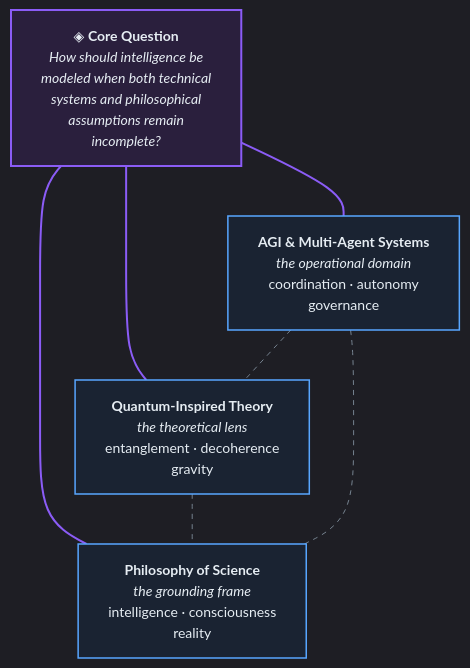
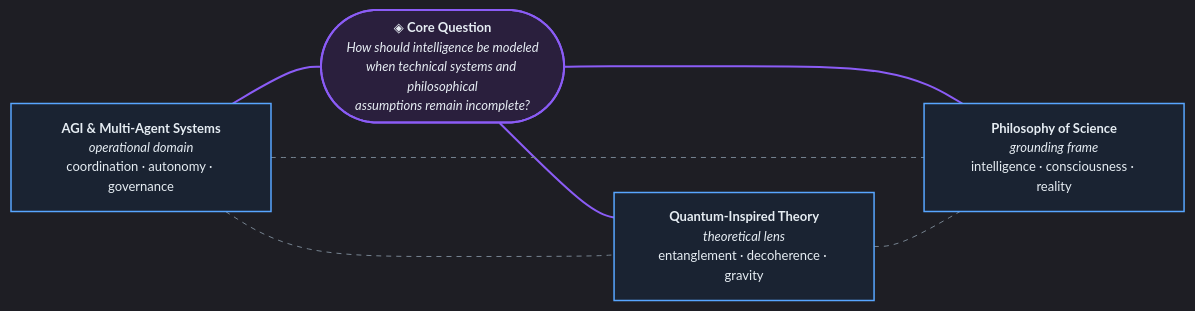
One commit to morozow/morozow changed the diagram in README.md. Above: the diagram before and after it, drawn with Mermaid.

Commit message:
Update flowchart direction and styling in README

````diff
--- a/README.md
+++ b/README.md
@@ -26,26 +26,24 @@
 ```mermaid
-%%{init: {'theme': 'dark', 'themeVariables': { 'primaryColor': '#2d333b', 'primaryTextColor': '#e6edf3', 'primaryBorderColor': '#768390', 'lineColor': '#768390', 'secondaryColor': '#1c2128', 'tertiaryColor': '#1c2128', 'fontSize': '14px' }}}%%
+%%{init: {'theme': 'dark', 'themeVariables': { 'primaryColor': '#2d333b', 'primaryTextColor': '#e6edf3', 'primaryBorderColor': '#768390', 'lineColor': '#768390', 'secondaryColor': '#1c2128', 'tertiaryColor': '#1c2128', 'fontSize': '13px' }}}%%
 
-flowchart TB
-    Q["◈ <b>Core Question</b><br/><i>How should intelligence be <br/> modeled when both technical <br/> systems and philosophical <br/> assumptions remain <br/> incomplete?</i>"]
+flowchart LR
+    A["<b>AGI &amp; Multi-Agent Systems</b><br/><i>operational domain</i><br/>coordination · autonomy · governance"]
+    Q(["◈ <b>Core Question</b><br/><i>How should intelligence be modeled<br/>when technical systems and philosophical<br/>assumptions remain incomplete?</i>"])
+    B["<b>Quantum-Inspired Theory</b><br/><i>theoretical lens</i><br/>entanglement · decoherence · gravity"]
+    C["<b>Philosophy of Science</b><br/><i>grounding frame</i><br/>intelligence · consciousness · reality"]
 
-    A["<b>AGI & Multi-Agent Systems</b><br/><i>the operational domain</i><br/>coordination · autonomy <br/> governance"]
-    B["<b>Quantum-Inspired Theory</b><br/><i>the theoretical lens</i><br/>entanglement · decoherence <br/> gravity"]
-    C["<b>Philosophy of Science</b><br/><i>the grounding frame</i><br/>intelligence · consciousness <br/> reality"]
-
-    Q --- A
+    A --- Q
     Q --- B
     Q --- C
-
     A -.- B
+    A -.- C
     B -.- C
-    C -.- A
 
     style Q fill:#2a1f3d,stroke:#8b5cf6,stroke-width:2px,color:#e6edf3
     style A fill:#1a2332,stroke:#58a6ff,stroke-width:1.5px,color:#e6edf3
     style B fill:#1a2332,stroke:#58a6ff,stroke-width:1.5px,color:#e6edf3
     style C fill:#1a2332,stroke:#58a6ff,stroke-width:1.5px,color:#e6edf3
 
     linkStyle 0,1,2 stroke:#8b5cf6,stroke-width:2px
     linkStyle 3,4,5 stroke:#768390,stroke-width:1px,stroke-dasharray:5 5
 ```
````
